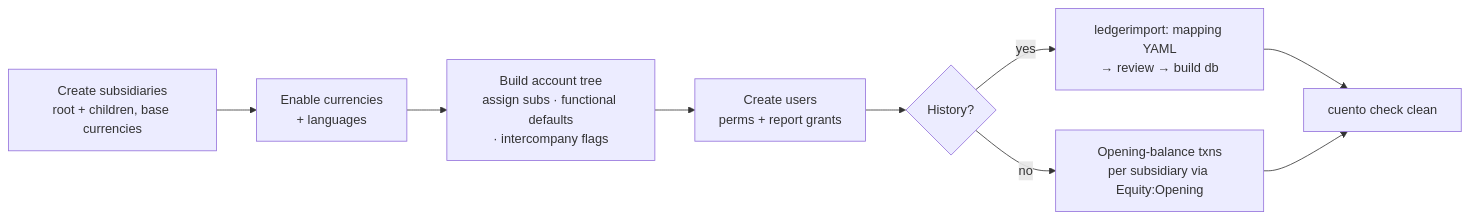
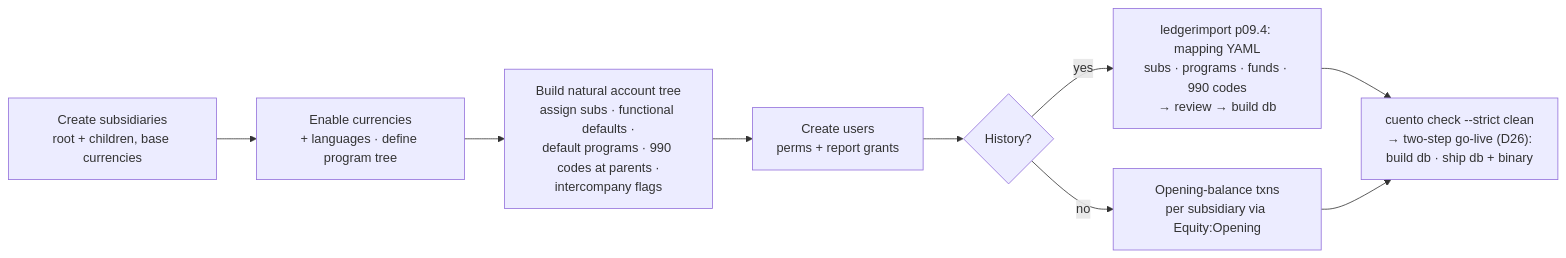
Before and after one commit to epiphenomena/cuento: the second of 7 diagrams in PLAN.md, drawn with Mermaid. The commit also changed other lines of this file and 1 other file, not shown here.

````diff
--- a/PLAN.md
+++ b/PLAN.md
@@ -554,11 +604,11 @@
 ```mermaid
 flowchart LR
-  A[Create subsidiaries<br/>root + children, base currencies] --> B[Enable currencies<br/>+ languages]
-  B --> C[Build account tree<br/>assign subs · functional defaults<br/>· intercompany flags]
+  A[Create subsidiaries<br/>root + children, base currencies] --> B[Enable currencies<br/>+ languages · define program tree]
+  B --> C[Build natural account tree<br/>assign subs · functional defaults ·<br/>default programs · 990 codes at parents ·<br/>intercompany flags]
   C --> D[Create users<br/>perms + report grants]
   D --> E{History?}
-  E -- yes --> F[ledgerimport: mapping YAML<br/>→ review → build db]
+  E -- yes --> F[ledgerimport p09.4: mapping YAML<br/>subs · programs · funds · 990 codes<br/>→ review → build db]
   E -- no --> G[Opening-balance txns<br/>per subsidiary via Equity:Opening]
-  F --> H[cuento check clean]
+  F --> H["cuento check --strict clean<br/>→ two-step go-live (D26):<br/>build db · ship db + binary"]
   G --> H
 ```
````
